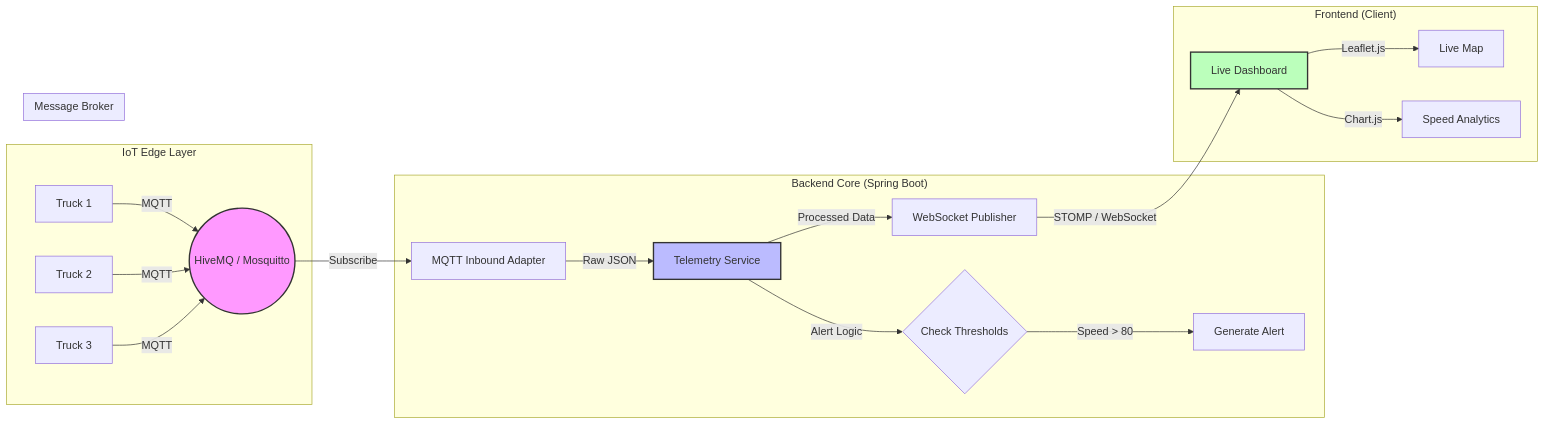
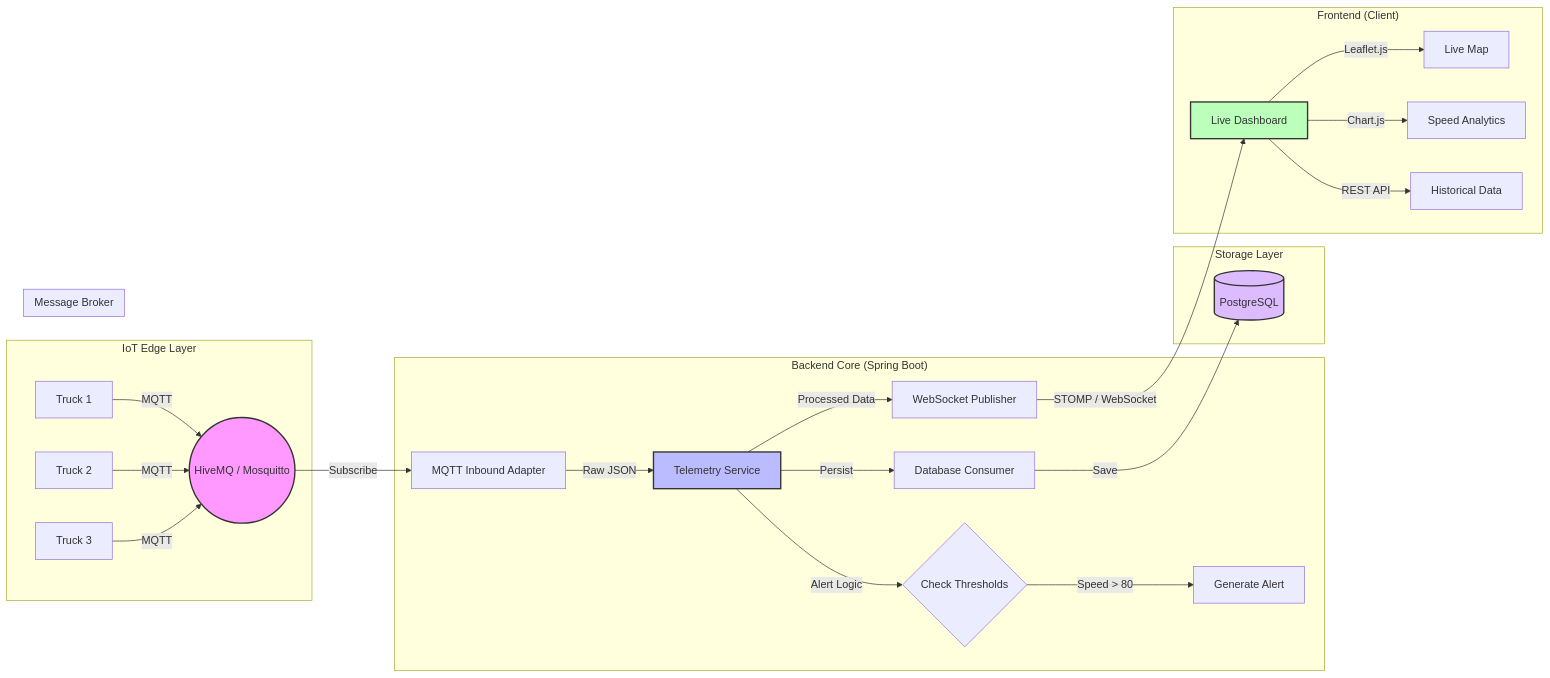
One commit to iam-ssrivastav/fleetsync-realtime-logistics changed the diagram in README.md. Above: the diagram before and after it, drawn with Mermaid. The commit also changed other lines of this file, not shown here.

First line of the commit message:
docs: Update architecture diagram and add verification outputs

````diff
--- a/README.md
+++ b/README.md
@@ -15,30 +15,37 @@
 ```mermaid
 graph LR
     subgraph "IoT Edge Layer"
         T1[Truck 1] -->|MQTT| Broker
         T2[Truck 2] -->|MQTT| Broker
         T3[Truck 3] -->|MQTT| Broker
     end
 
     subgraph "Message Broker"
         Broker((HiveMQ / Mosquitto))
     end
 
     subgraph "Backend Core (Spring Boot)"
         Broker -->|Subscribe| Ingest[MQTT Inbound Adapter]
         Ingest -->|Raw JSON| Processor[Telemetry Service]
         Processor -->|Alert Logic| AlertEngine{Check Thresholds}
         AlertEngine -->|Speed > 80| Alert[Generate Alert]
         Processor -->|Processed Data| Stream[WebSocket Publisher]
+        Processor -->|Persist| DB_Service[Database Consumer]
+    end
+
+    subgraph "Storage Layer"
+        DB_Service -->|Save| Postgres[(PostgreSQL)]
     end
 
     subgraph "Frontend (Client)"
         Stream -->|STOMP / WebSocket| Dashboard[Live Dashboard]
         Dashboard -->|Leaflet.js| Map[Live Map]
         Dashboard -->|Chart.js| Chart[Speed Analytics]
+        Dashboard -->|REST API| History[Historical Data]
     end
 
     style Broker fill:#f9f,stroke:#333,stroke-width:2px
     style Processor fill:#bbf,stroke:#333,stroke-width:2px
     style Dashboard fill:#bfb,stroke:#333,stroke-width:2px
+    style Postgres fill:#dbf,stroke:#333,stroke-width:2px
 ```
````
